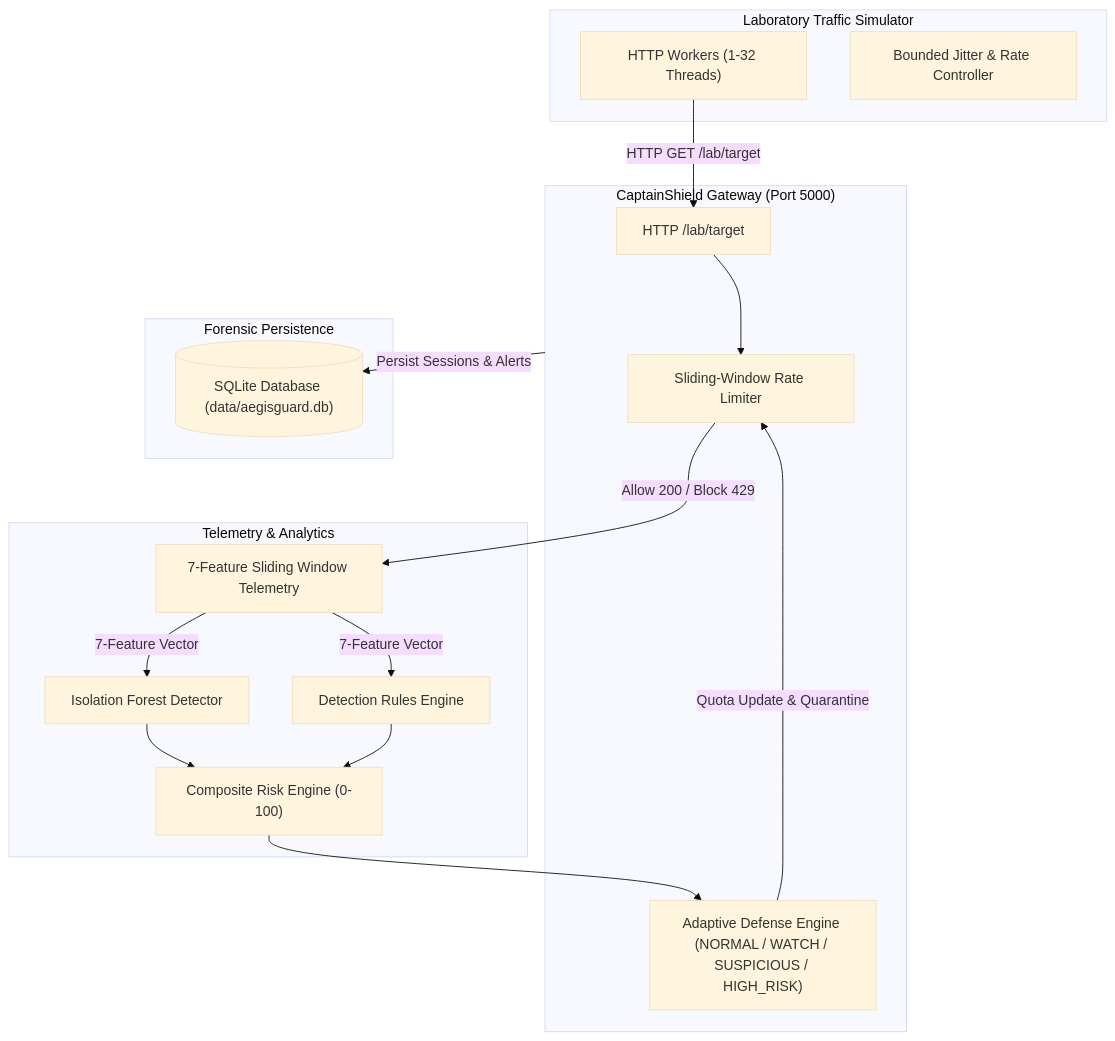
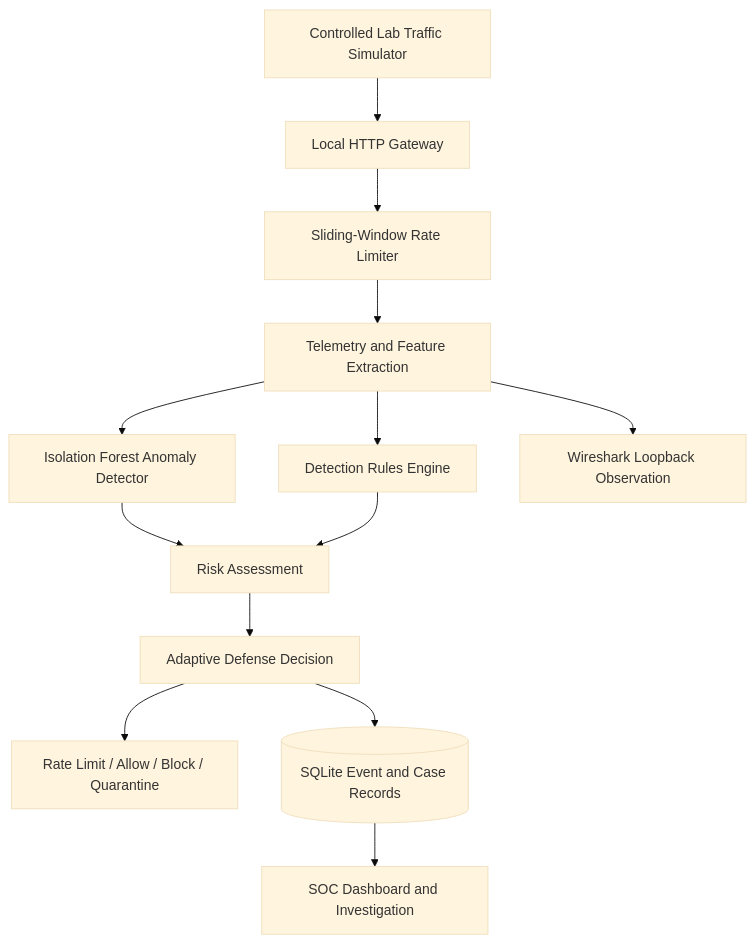
One commit to manasvig-cyber/Captain-Shield changed the first of 2 diagrams in README.md. Above: the diagram before and after it, drawn with Mermaid (base theme). The commit also changed other lines of this file, not shown here.

````diff
--- a/README.md
+++ b/README.md
@@ -125,35 +62,15 @@
 ```mermaid
 flowchart TD
-    subgraph TrafficGen["Laboratory Traffic Simulator"]
-        Workers["HTTP Workers (1-32 Threads)"]
-        Jitter["Bounded Jitter & Rate Controller"]
-    end
-
-    subgraph Gateway["CaptainShield Gateway (Port 5000)"]
-        Endpoint["HTTP /lab/target"]
-        Limiter["Sliding-Window Rate Limiter"]
-        Defense["Adaptive Defense Engine (NORMAL / WATCH / SUSPICIOUS / HIGH_RISK)"]
-    end
-
-    subgraph TelemetryML["Telemetry & Analytics"]
-        Collector["7-Feature Sliding Window Telemetry"]
-        IForest["Isolation Forest Detector"]
-        RulesEngine["Detection Rules Engine"]
-        RiskScore["Composite Risk Engine (0-100)"]
-    end
-
-    subgraph Storage["Forensic Persistence"]
-        SQLiteDB[("SQLite Database (data/aegisguard.db)")]
-    end
-
-    Workers -->|HTTP GET /lab/target| Endpoint
-    Endpoint --> Limiter
-    Limiter -->|Allow 200 / Block 429| Collector
-    Collector -->|7-Feature Vector| IForest
-    Collector -->|7-Feature Vector| RulesEngine
-    IForest --> RiskScore
-    RulesEngine --> RiskScore
-    RiskScore --> Defense
-    Defense -->|Quota Update & Quarantine| Limiter
-    Gateway -->|Persist Sessions & Alerts| SQLiteDB
+    A["Controlled Lab Traffic Simulator"] --> B["Local HTTP Gateway"]
+    B --> C["Sliding-Window Rate Limiter"]
+    C --> D["Telemetry and Feature Extraction"]
+    D --> E["Isolation Forest Anomaly Detector"]
+    D --> F["Detection Rules Engine"]
+    E --> G["Risk Assessment"]
+    F --> G
+    G --> H["Adaptive Defense Decision"]
+    H --> I["Rate Limit / Allow / Block / Quarantine"]
+    H --> J[("SQLite Event and Case Records")]
+    J --> K["SOC Dashboard and Investigation"]
+    D --> L["Wireshark Loopback Observation"]
 ```
````
